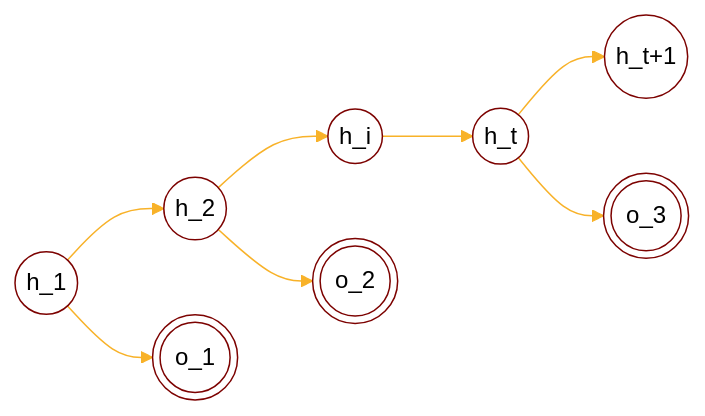
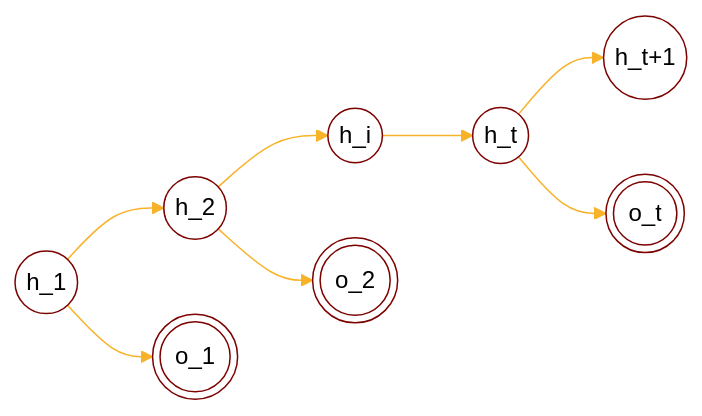
Before and after one commit to tirmisula/tirmisula.github.io: the first of 15 diagrams in content/posts/hidden-markov-model.md, drawn with Mermaid. The commit also changed other lines of this file, not shown here.

````diff
--- a/content/posts/hidden-markov-model.md
+++ b/content/posts/hidden-markov-model.md
@@ -111,23 +111,23 @@
 ```mermaid
 %%{
   init: {
     'theme': 'base',
     'themeVariables': {
       'primaryColor': 'white',
       'primaryTextColor': '#000',
       'primaryBorderColor': '#7C0200',
       'lineColor': '#F8B229',
       'secondaryColor': 'red',
       'tertiaryColor': '#fff'
     }
   }
 }%%
 flowchart LR
     id1((h_1)) --> id2((h_2))
     id2((h_2)) --> id3((h_i))
     id3((h_i)) --> id4((h_t))
     id4((h_t)) --> id5((h_t+1))
     id1((h_1)) --> id6(((o_1)))
     id2((h_2)) --> id7(((o_2)))
-    id4((h_t)) --> id8(((o_3)))
+    id4((h_t)) --> id8(((o_t)))
 ```
````
